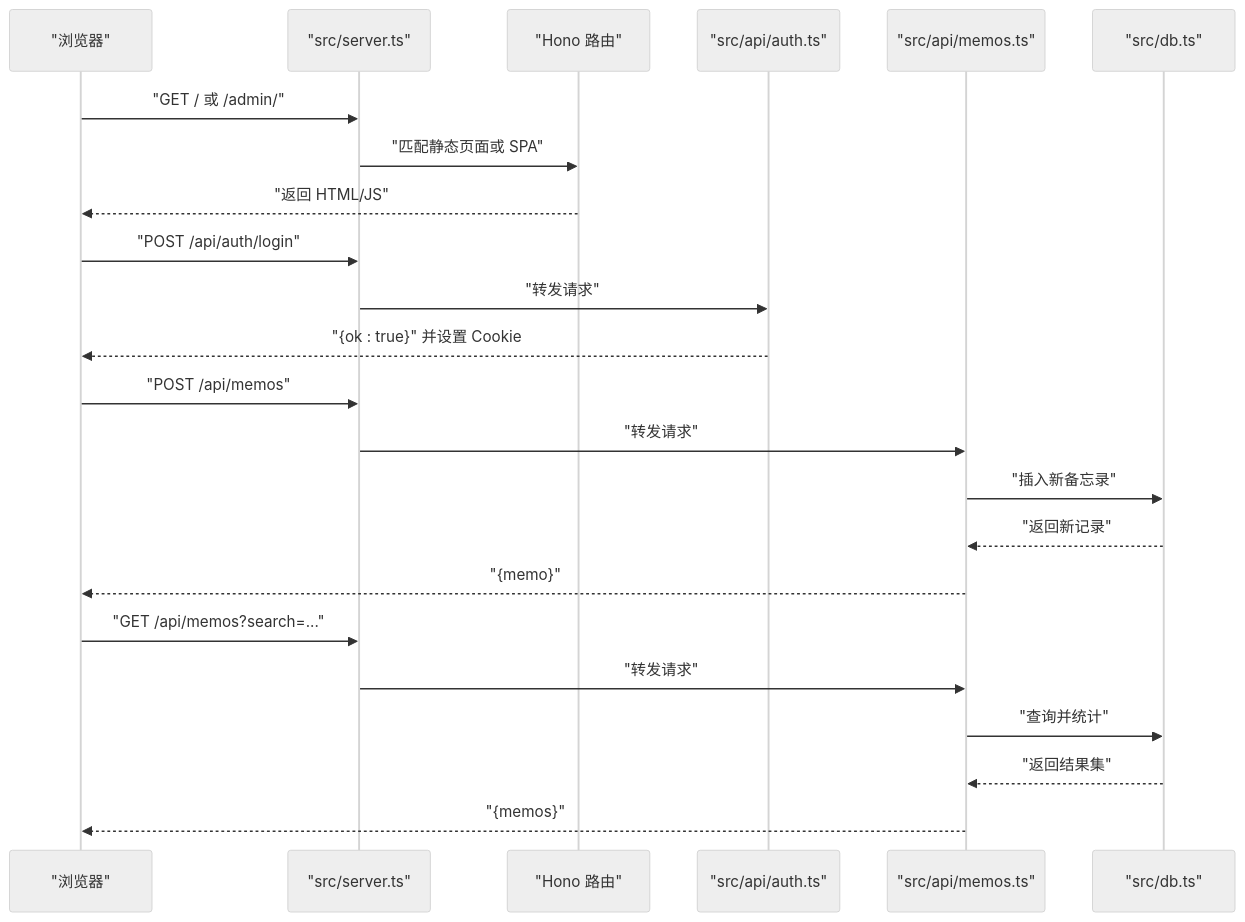
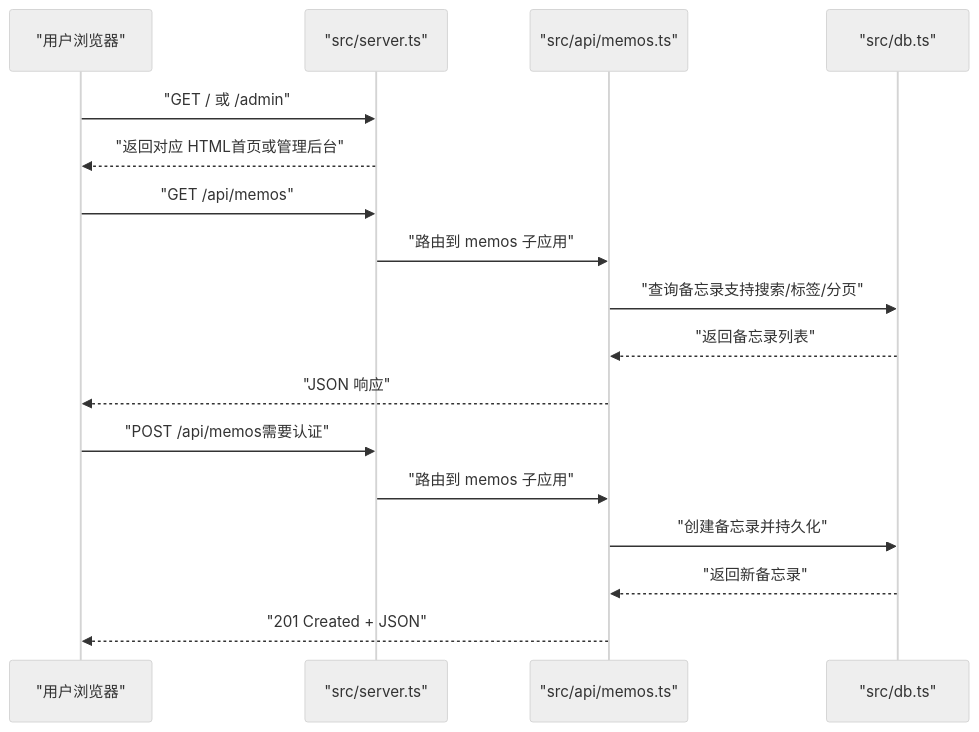
Before and after one commit to BlackBoxRecorder/memos: the second of 4 diagrams in .qoder/repowiki/zh/content/快速开始.md, drawn with Mermaid (neutral theme). The commit also changed other lines of this file and 83 other files, not shown here.

````diff
--- a/.qoder/repowiki/zh/content/快速开始.md
+++ b/.qoder/repowiki/zh/content/快速开始.md
@@ -109,25 +98,19 @@
 ```mermaid
 sequenceDiagram
-participant Browser as "浏览器"
-participant Server as "src/server.ts"
-participant Router as "Hono 路由"
-participant AuthAPI as "src/api/auth.ts"
-participant MemosAPI as "src/api/memos.ts"
-participant DB as "src/db.ts"
-Browser->>Server : "GET / 或 /admin/"
-Server->>Router : "匹配静态页面或 SPA"
-Router-->>Browser : "返回 HTML/JS"
-Browser->>Server : "POST /api/auth/login"
-Server->>AuthAPI : "转发请求"
-AuthAPI-->>Browser : "{ok : true}" 并设置 Cookie
-Browser->>Server : "POST /api/memos"
-Server->>MemosAPI : "转发请求"
-MemosAPI->>DB : "插入新备忘录"
-DB-->>MemosAPI : "返回新记录"
-MemosAPI-->>Browser : "{memo}"
-Browser->>Server : "GET /api/memos?search=..."
-Server->>MemosAPI : "转发请求"
-MemosAPI->>DB : "查询并统计"
-DB-->>MemosAPI : "返回结果集"
-MemosAPI-->>Browser : "{memos}"
+participant U as "用户浏览器"
+participant S as "src/server.ts"
+participant A as "src/api/memos.ts"
+participant D as "src/db.ts"
+U->>S : "GET / 或 /admin"
+S-->>U : "返回对应 HTML首页或管理后台"
+U->>S : "GET /api/memos"
+S->>A : "路由到 memos 子应用"
+A->>D : "查询备忘录支持搜索/标签/分页"
+D-->>A : "返回备忘录列表"
+A-->>U : "JSON 响应"
+U->>S : "POST /api/memos需要认证"
+S->>A : "路由到 memos 子应用"
+A->>D : "创建备忘录并持久化"
+D-->>A : "返回新备忘录"
+A-->>U : "201 Created + JSON"
 ```
````
